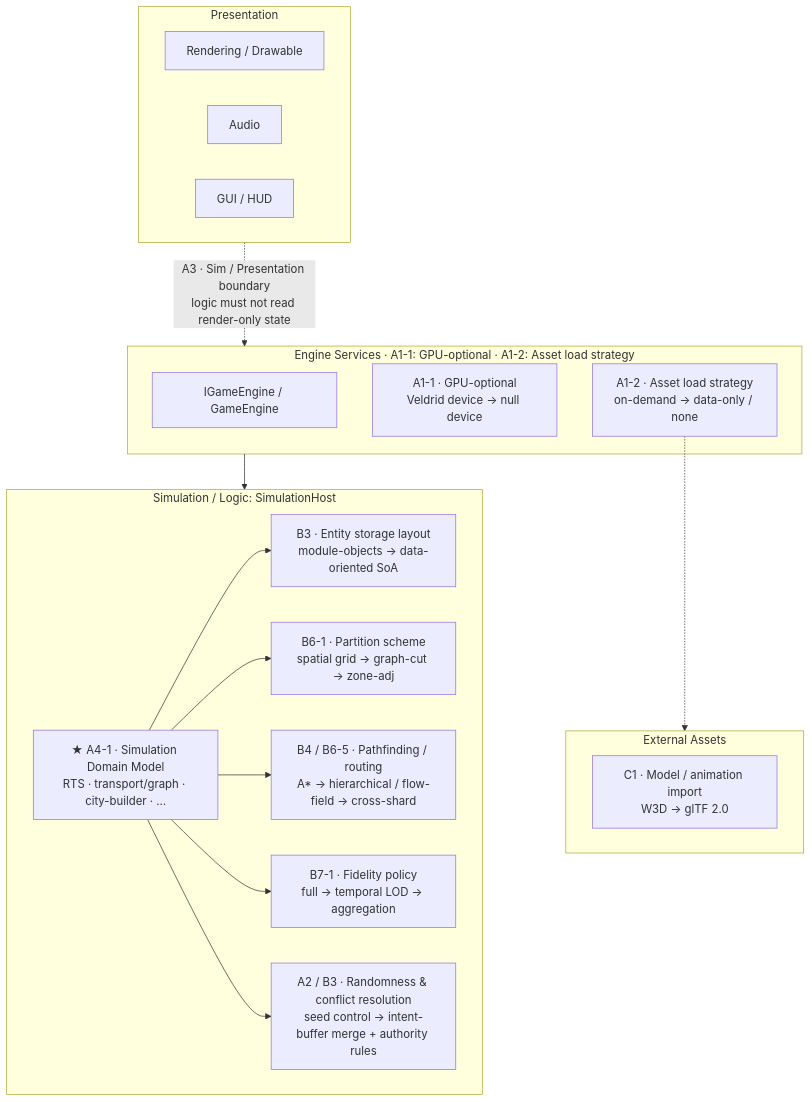
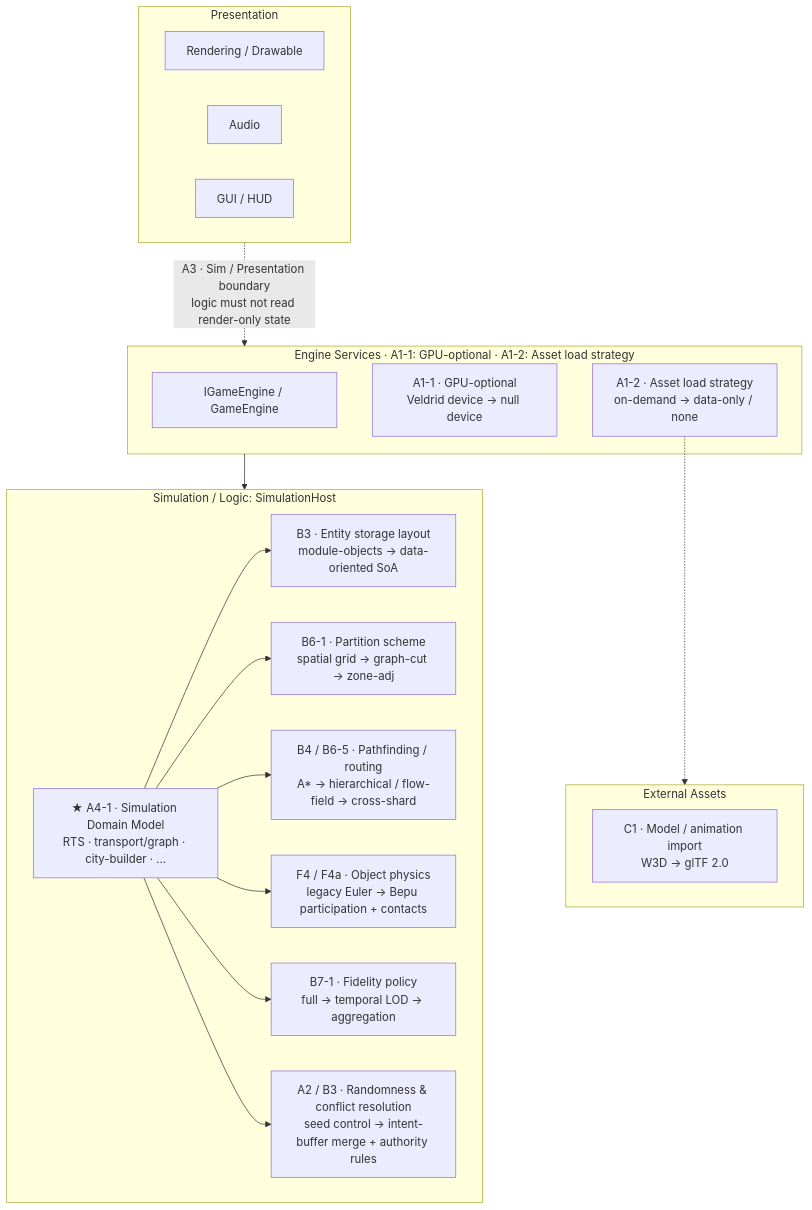
Before and after one commit to rmessinger/Panopticon: the diagram in docs/roadmap/seams.md, drawn with Mermaid. The commit also changed other lines of this file and 15 other files, not shown here.

First line of the commit message:
docs: expand Bepu object physics roadmap

````diff
--- a/docs/roadmap/seams.md
+++ b/docs/roadmap/seams.md
@@ -50,37 +50,39 @@
 ```mermaid
 graph TD
     subgraph PRES["Presentation"]
         RENDER[Rendering / Drawable]
         AUDIO[Audio]
         GUI[GUI / HUD]
     end
 
     subgraph ENG["Engine Services  ·  A1-1: GPU-optional  ·  A1-2: Asset load strategy"]
         IGAME[IGameEngine / GameEngine]
         GPU["A1-1 · GPU-optional\nVeldrid device → null device"]
         ALOAD["A1-2 · Asset load strategy\non-demand → data-only / none"]
     end
 
     subgraph SIM["Simulation / Logic: SimulationHost"]
         DOM["★ A4-1 · Simulation Domain Model\nRTS · transport/graph · city-builder · …"]
         STORE["B3 · Entity storage layout\nmodule-objects → data-oriented SoA"]
         PART["B6-1 · Partition scheme\nspatial grid → graph-cut → zone-adj"]
         PATH["B4 / B6-5 · Pathfinding / routing\nA* → hierarchical / flow-field → cross-shard"]
+        PHYS["F4 / F4a · Object physics\nlegacy Euler → Bepu participation + contacts"]
         FID["B7-1 · Fidelity policy\nfull → temporal LOD → aggregation"]
         RNG["A2 / B3 · Randomness & conflict resolution\nseed control → intent-buffer merge + authority rules"]
     end
 
     subgraph ASSETS["External Assets"]
         IMPORT["C1 · Model / animation import\nW3D → glTF 2.0"]
     end
 
     PRES -. "A3 · Sim / Presentation boundary\nlogic must not read render-only state" .-> ENG
     ENG --> SIM
     ALOAD -.-> ASSETS
 
     DOM --> STORE
     DOM --> PART
     DOM --> PATH
+    DOM --> PHYS
     DOM --> FID
     DOM --> RNG
 ```
````
